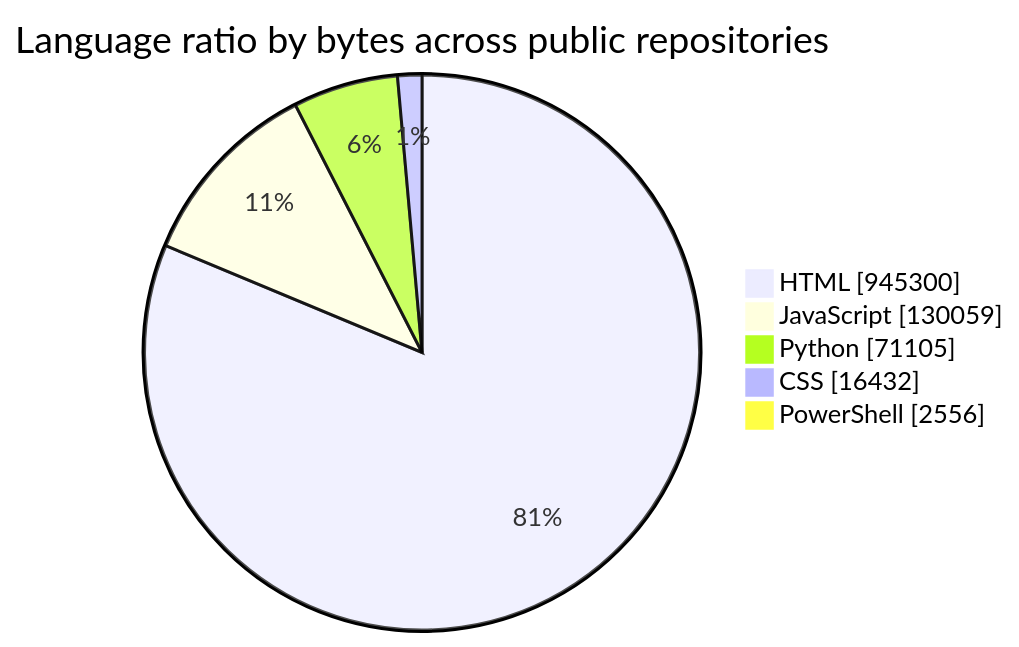
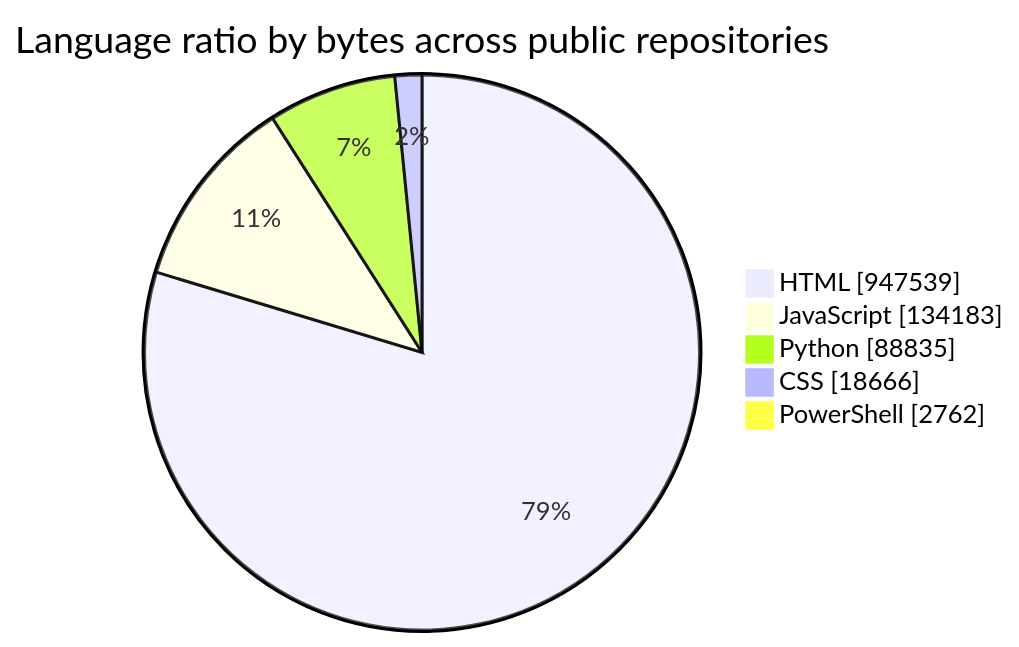
Before and after one commit to tchinso/tchinso: the diagram in README.md, drawn with Mermaid. The commit also changed other lines of this file, not shown here.

````diff
--- a/README.md
+++ b/README.md
@@ -34,9 +34,9 @@
 ```mermaid
 pie showData
     title Language ratio by bytes across public repositories
-    "HTML" : 945300
-    "JavaScript" : 130059
-    "Python" : 71105
-    "CSS" : 16432
-    "PowerShell" : 2556
+    "HTML" : 947539
+    "JavaScript" : 134183
+    "Python" : 88835
+    "CSS" : 18666
+    "PowerShell" : 2762
 ```
````
